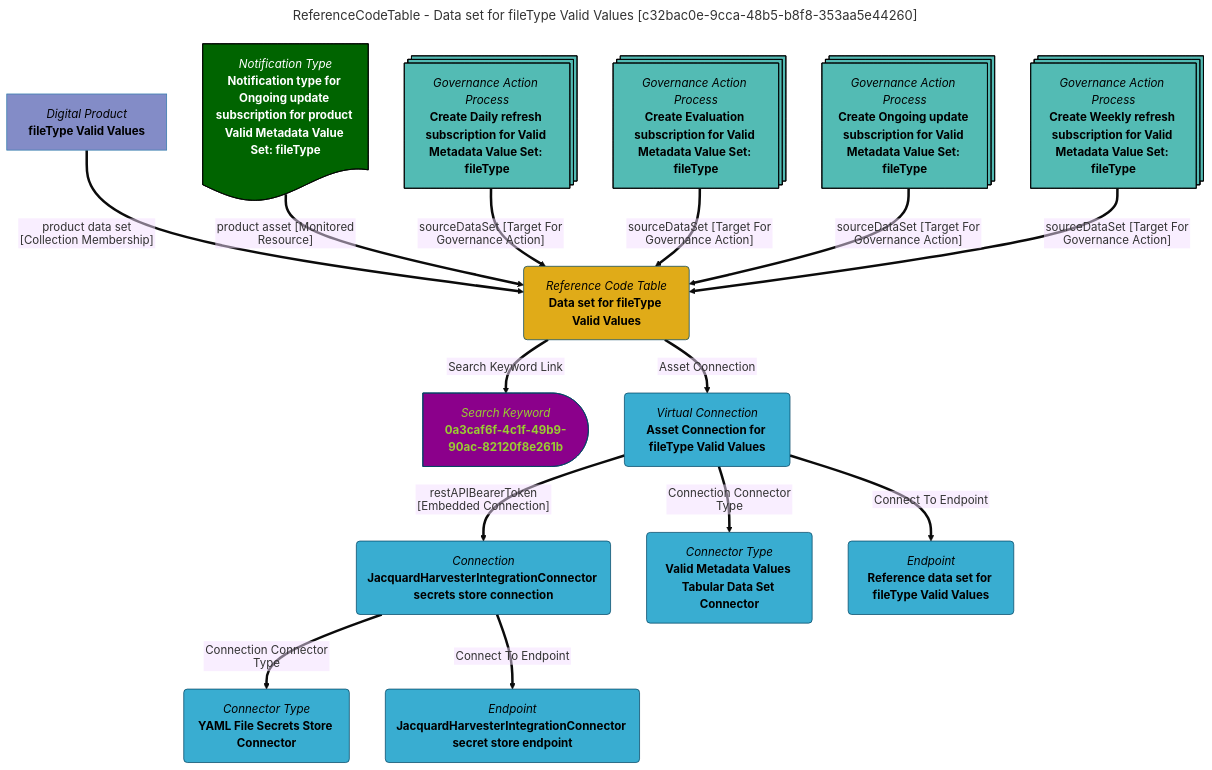
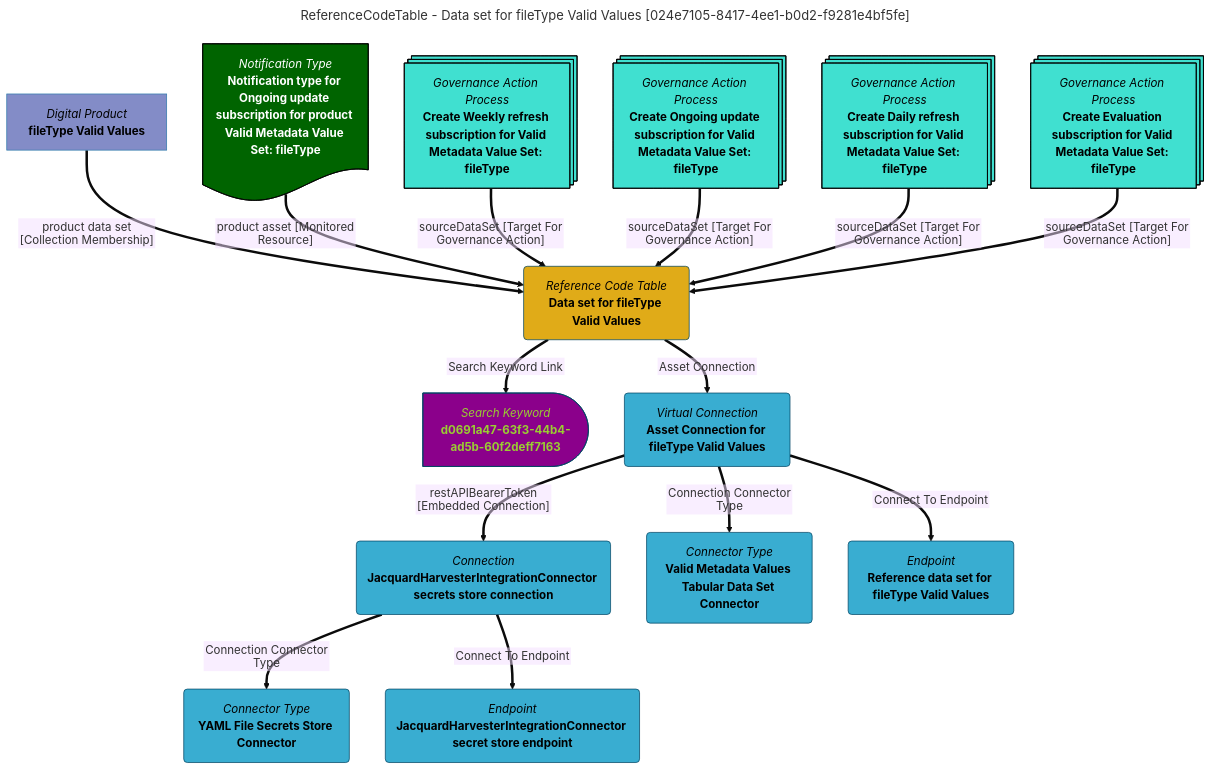
Before and after one commit to odpi/egeria-docs: the diagram in site/snippets/data-assets/data-set-for-filetype-valid-values-mermaid-graph.md, drawn with Mermaid (base theme). The commit also changed 2201 other files, not shown here.

````diff
--- a/site/snippets/data-assets/data-set-for-filetype-valid-values-mermaid-graph.md
+++ b/site/snippets/data-assets/data-set-for-filetype-valid-values-mermaid-graph.md
@@ -1,63 +1,63 @@
 ```mermaid
 ---
-title: ReferenceCodeTable - Data set for fileType Valid Values [c32bac0e-9cca-48b5-b8f8-353aa5e44260]
+title: ReferenceCodeTable - Data set for fileType Valid Values [024e7105-8417-4ee1-b0d2-f9281e4bf5fe]
 ---
 flowchart TD
 %%{init: {"flowchart": {"htmlLabels": false}} }%%
 
 1@{ shape: rounded, label: "*Reference Code Table*
 **Data set for fileType Valid Values**"}
 2@{ shape: delay, label: "*Search Keyword*
-**0a3caf6f-4c1f-49b9-90ac-82120f8e261b**"}
+**d0691a47-63f3-44b4-ad5b-60f2deff7163**"}
 1==>|"Search Keyword Link"|2
 3@{ shape: rect, label: "*Digital Product*
 **fileType Valid Values**"}
 3==>|"product data set [Collection Membership]"|1
 4@{ shape: rounded, label: "*Virtual Connection*
 **Asset Connection for fileType Valid Values**"}
 1==>|"Asset Connection"|4
 5@{ shape: rounded, label: "*Connection*
 **JacquardHarvesterIntegrationConnector secrets store connection**"}
 4==>|"restAPIBearerToken [Embedded Connection]"|5
 6@{ shape: rounded, label: "*Connector Type*
 **YAML File Secrets Store Connector**"}
 5==>|"Connection Connector Type"|6
 7@{ shape: rounded, label: "*Endpoint*
 **JacquardHarvesterIntegrationConnector secret store endpoint**"}
 5==>|"Connect To Endpoint"|7
 8@{ shape: rounded, label: "*Connector Type*
 **Valid Metadata Values Tabular Data Set Connector**"}
 4==>|"Connection Connector Type"|8
 9@{ shape: rounded, label: "*Endpoint*
 **Reference data set for fileType Valid Values**"}
 4==>|"Connect To Endpoint"|9
 10@{ shape: doc, label: "*Notification Type*
 **Notification type for Ongoing update subscription for product Valid Metadata Value Set: fileType**"}
 10==>|"product asset [Monitored Resource]"|1
 11@{ shape: processes, label: "*Governance Action Process*
-**Create Daily refresh subscription for Valid Metadata Value Set: fileType**"}
+**Create Weekly refresh subscription for Valid Metadata Value Set: fileType**"}
 11==>|"sourceDataSet [Target For Governance Action]"|1
 12@{ shape: processes, label: "*Governance Action Process*
-**Create Evaluation subscription for Valid Metadata Value Set: fileType**"}
+**Create Ongoing update subscription for Valid Metadata Value Set: fileType**"}
 12==>|"sourceDataSet [Target For Governance Action]"|1
 13@{ shape: processes, label: "*Governance Action Process*
-**Create Ongoing update subscription for Valid Metadata Value Set: fileType**"}
+**Create Daily refresh subscription for Valid Metadata Value Set: fileType**"}
 13==>|"sourceDataSet [Target For Governance Action]"|1
 14@{ shape: processes, label: "*Governance Action Process*
-**Create Weekly refresh subscription for Valid Metadata Value Set: fileType**"}
+**Create Evaluation subscription for Valid Metadata Value Set: fileType**"}
 14==>|"sourceDataSet [Target For Governance Action]"|1
-style 11 color:#000000, fill:#53bbb4, stroke:#000000
-style 12 color:#000000, fill:#53bbb4, stroke:#000000
-style 13 color:#000000, fill:#53bbb4, stroke:#000000
-style 14 color:#000000, fill:#53bbb4, stroke:#000000
+style 11 color:#000000, fill:#40E0D0, stroke:#000000
+style 12 color:#000000, fill:#40E0D0, stroke:#000000
+style 13 color:#000000, fill:#40E0D0, stroke:#000000
+style 14 color:#000000, fill:#40E0D0, stroke:#000000
 style 1 color:#000000, fill:#e0ab18, stroke:#004563
-style 2 color:#9acd32, fill:#8b008b, stroke:#004563
+style 2 color:#9ACD32, fill:#8B008B, stroke:#004563
 style 3 color:#000000, fill:#838cc7, stroke:#3079ab
 style 4 color:#000000, fill:#39add1, stroke:#004563
 style 5 color:#000000, fill:#39add1, stroke:#004563
 style 6 color:#000000, fill:#39add1, stroke:#004563
 style 7 color:#000000, fill:#39add1, stroke:#004563
 style 8 color:#000000, fill:#39add1, stroke:#004563
 style 9 color:#000000, fill:#39add1, stroke:#004563
 style 10 color:#FFFFFF, fill:#006400, stroke:#000000
 ```
````
